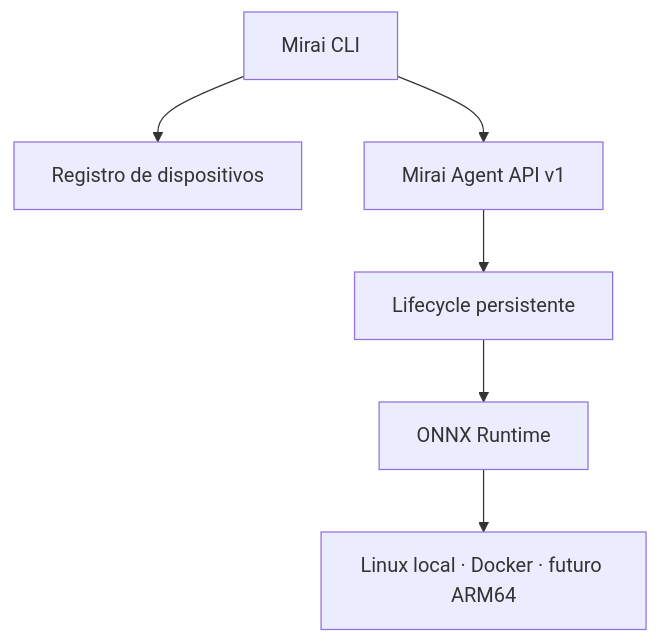
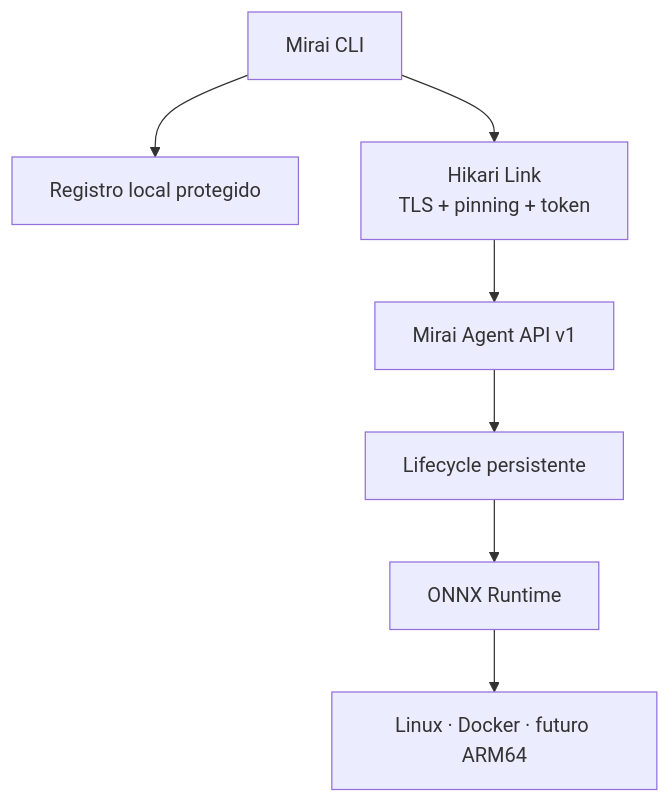
Before and after one commit to start6202783-dotcom/MiraiOS: the diagram in README.md, drawn with Mermaid. The commit also changed other lines of this file and 17 other files, not shown here.

Commit message:
feat: add Hikari Link secure pairing

````diff
--- a/README.md
+++ b/README.md
@@ -89,15 +94,17 @@
 ```mermaid
 flowchart TD
     CLI["Mirai CLI"]
-    REG["Registro de dispositivos"]
+    REG["Registro local protegido"]
+    LINK["Hikari Link<br/>TLS + pinning + token"]
     API["Mirai Agent API v1"]
     LIFE["Lifecycle persistente"]
     ORT["ONNX Runtime"]
-    EDGE["Linux local · Docker · futuro ARM64"]
+    EDGE["Linux · Docker · futuro ARM64"]
 
     CLI --> REG
-    CLI --> API
+    CLI --> LINK
+    LINK --> API
     API --> LIFE
     LIFE --> ORT
     ORT --> EDGE
 ```
````
